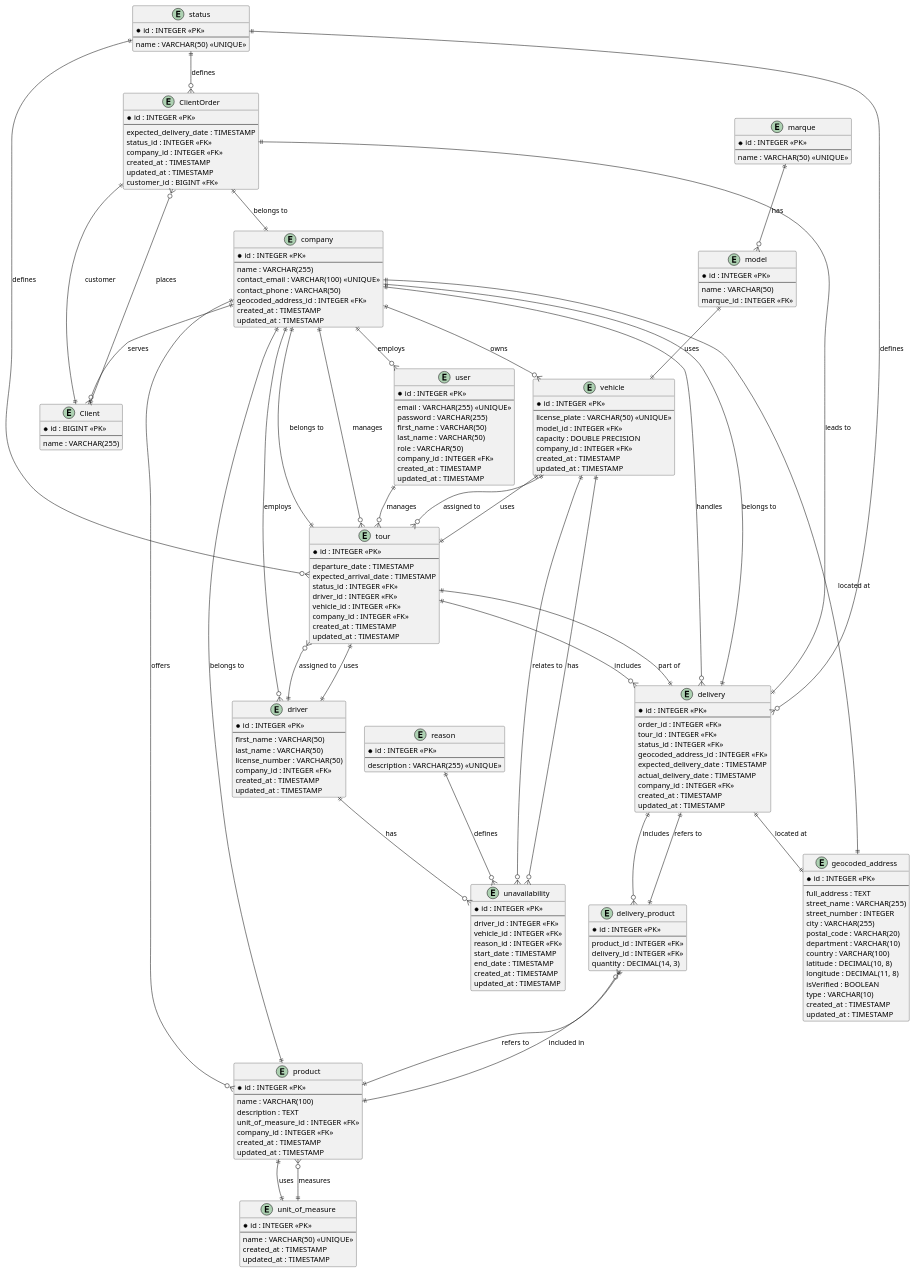
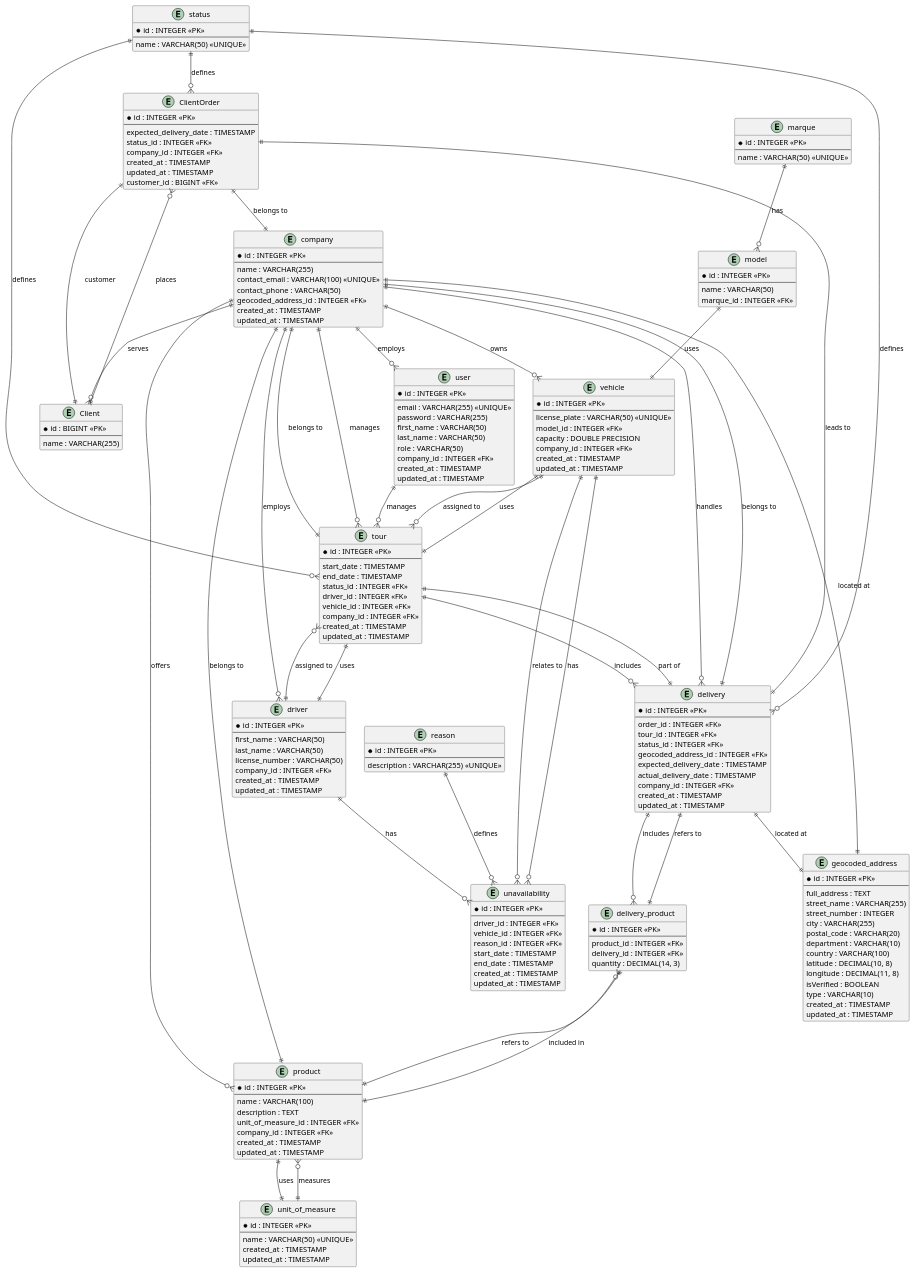
The diagram in UML-Entity-Relation.puml (Kiliroystrik/NovaTraxApi), drawn with PlantUML before and after one commit. The commit also changed 26 other files, not shown here.

```diff
--- a/UML-Entity-Relation.puml
+++ b/UML-Entity-Relation.puml
@@ -145,8 +145,8 @@
 entity "tour" as Tour {
   * id : INTEGER <<PK>>
   --
-  departure_date : TIMESTAMP
-  expected_arrival_date : TIMESTAMP
+  start_date : TIMESTAMP
+  end_date : TIMESTAMP
   status_id : INTEGER <<FK>>
   driver_id : INTEGER <<FK>>
   vehicle_id : INTEGER <<FK>>
```
